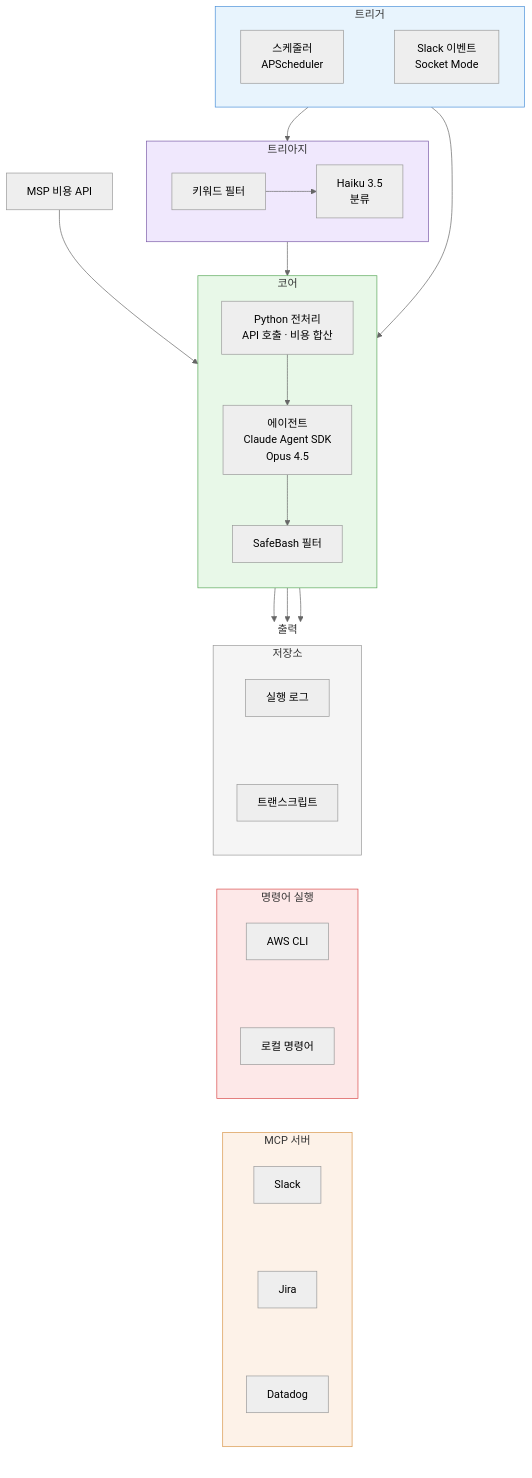
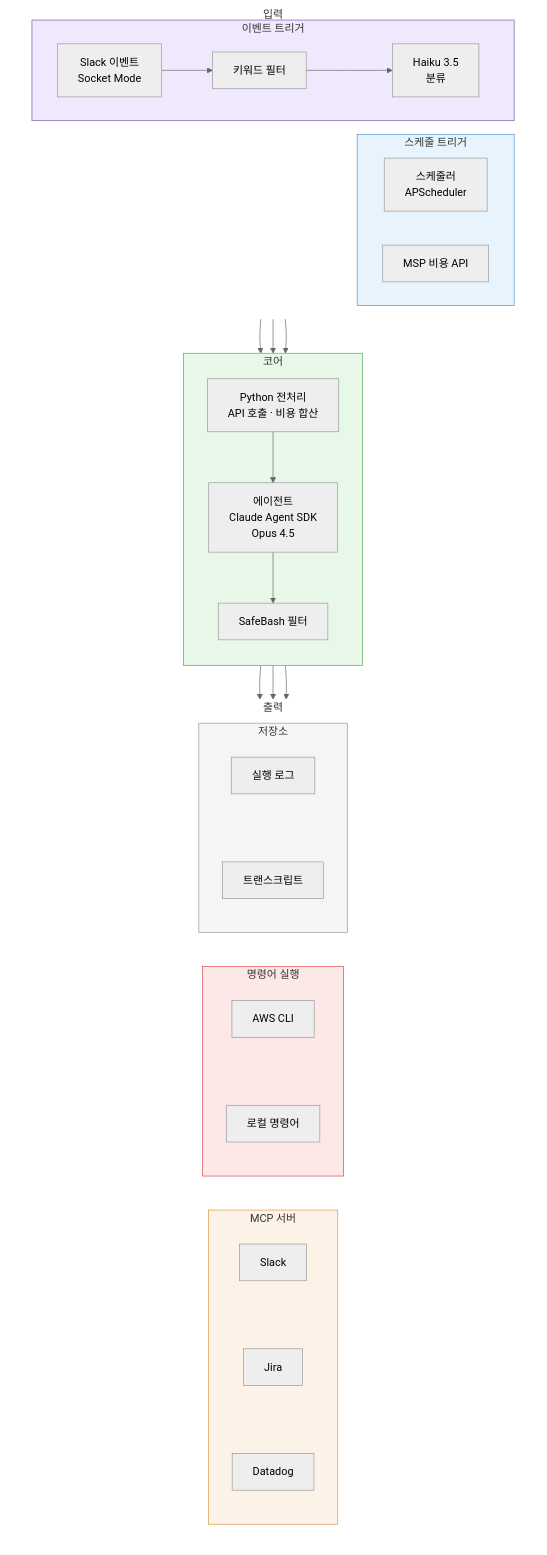
One commit to kimduksoo/duksoo-tech-blog changed the first of 3 diagrams in content/ai/ai-infra-automation.md. Above: the diagram before and after it, drawn with Mermaid (neutral theme).

Commit message:
시스템 개요 상단 레이아웃 개선 (스케줄/이벤트 트리거 분리)

````diff
--- a/content/ai/ai-infra-automation.md
+++ b/content/ai/ai-infra-automation.md
@@ -26,49 +26,50 @@
 ```mermaid
 flowchart TB
-    subgraph 트리거
+    subgraph 입력
         direction LR
-        Cron[스케줄러<br/>APScheduler] ~~~ Event[Slack 이벤트<br/>Socket Mode]
+        subgraph 스케줄["스케줄 트리거"]
+            Cron[스케줄러<br/>APScheduler]
+            MSP[MSP 비용 API]
+        end
+        subgraph 이벤트["이벤트 트리거"]
+            Event[Slack 이벤트<br/>Socket Mode]
+            KW[키워드 필터]
+            Haiku[Haiku 3.5<br/>분류]
+        end
     end
-
-    subgraph 트리아지
-        direction LR
-        KW[키워드 필터] --> Haiku[Haiku 3.5<br/>분류]
-    end
-
-    MSP[MSP 비용 API]
 
     subgraph 코어
         direction TB
         Pre[Python 전처리<br/>API 호출 · 비용 합산] --> Agent[에이전트<br/>Claude Agent SDK<br/>Opus 4.5]
         Agent --> Safe[SafeBash 필터]
     end
 
     subgraph 출력
         direction LR
         subgraph MCP[MCP 서버]
             S[Slack] ~~~ J[Jira] ~~~ D[Datadog]
         end
         subgraph CLI[명령어 실행]
             AWS[AWS CLI] ~~~ Local[로컬 명령어]
         end
         subgraph 저장소
             Log[실행 로그] ~~~ Transcript[트랜스크립트]
         end
     end
 
     Cron --> Pre
-    Event --> KW
     MSP --> Pre
-    Haiku --> Agent
+    Event --> KW --> Haiku --> Agent
     Safe --> CLI
     Agent --> MCP
     Agent --> 저장소
 
-    style 트리거 fill:#e8f4fd,stroke:#4a90d9
-    style 트리아지 fill:#f0e8fd,stroke:#7b5ba8
+    style 입력 fill:none,stroke:none
+    style 스케줄 fill:#e8f4fd,stroke:#4a90d9
+    style 이벤트 fill:#f0e8fd,stroke:#7b5ba8
     style 코어 fill:#e8f8e8,stroke:#5ba85b
     style 출력 fill:none,stroke:none
     style MCP fill:#fdf2e8,stroke:#d9964a
     style CLI fill:#fde8e8,stroke:#d94a4a
     style 저장소 fill:#f5f5f5,stroke:#999999
 ```
````
